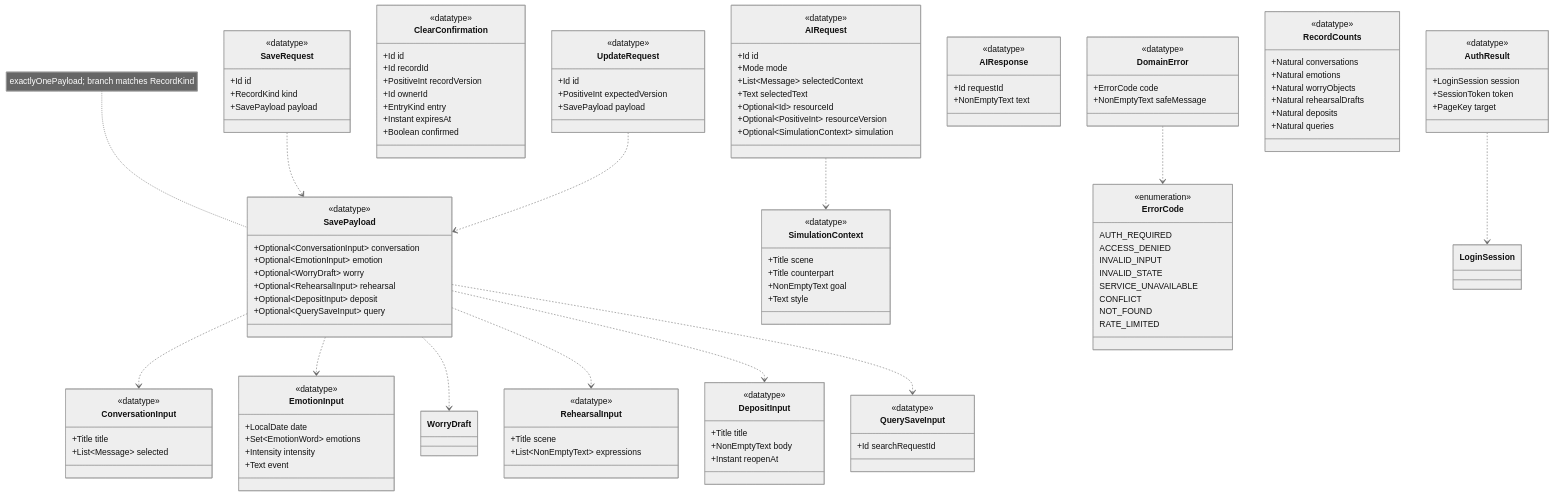
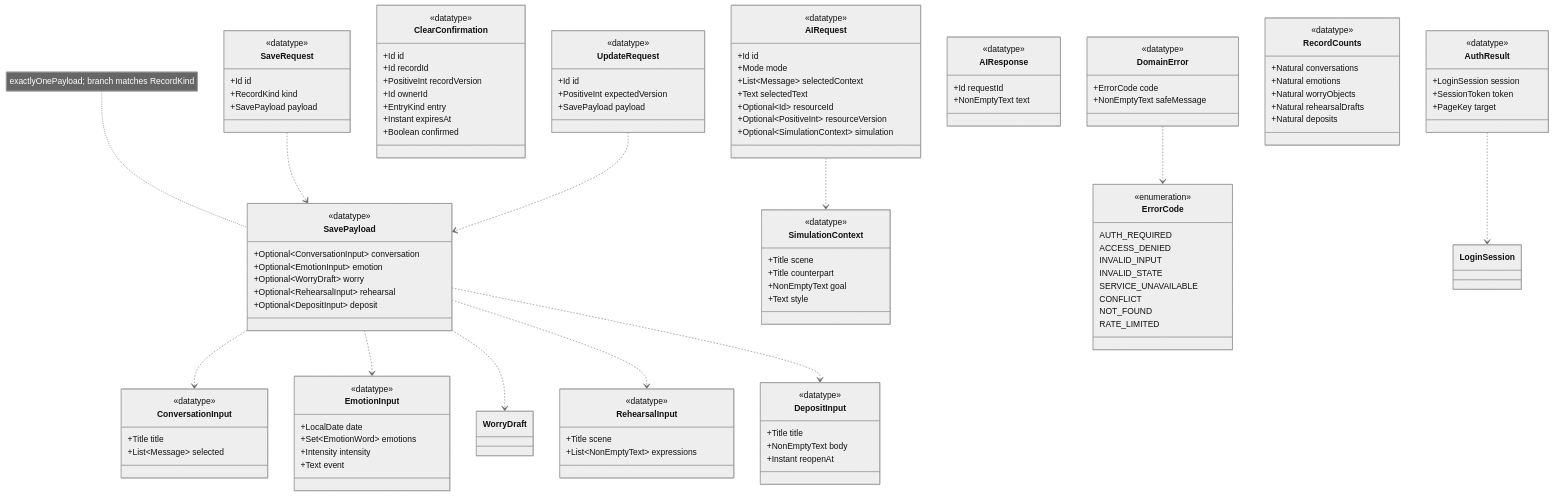
One commit to impureWine/404NOTFOUND changed the sixth of 6 diagrams in docs/第三次作业_李泉毅/02_完整设计类图_V1.2.md. Above: the diagram before and after it, drawn with Mermaid (neutral theme). The commit also changed other lines of this file and 9 other files, not shown here.

```diff
--- a/docs/第三次作业_李泉毅/02_完整设计类图_V1.2.md
+++ b/docs/第三次作业_李泉毅/02_完整设计类图_V1.2.md
@@ -832,7 +863,6 @@
   +Optional~WorryDraft~ worry
   +Optional~RehearsalInput~ rehearsal
   +Optional~DepositInput~ deposit
-  +Optional~QuerySaveInput~ query
 }
 class ConversationInput {
   <<datatype>>
@@ -856,10 +886,6 @@
   +Title title
   +NonEmptyText body
   +Instant reopenAt
-}
-class QuerySaveInput {
-  <<datatype>>
-  +Id searchRequestId
 }
 class UpdateRequest {
   <<datatype>>
@@ -928,7 +954,6 @@
   +Natural worryObjects
   +Natural rehearsalDrafts
   +Natural deposits
-  +Natural queries
 }
 SaveRequest ..> SavePayload
 UpdateRequest ..> SavePayload
@@ -937,7 +962,6 @@
 SavePayload ..> WorryDraft
 SavePayload ..> RehearsalInput
 SavePayload ..> DepositInput
-SavePayload ..> QuerySaveInput
 AIRequest ..> SimulationContext
 AuthResult ..> LoginSession
 DomainError ..> ErrorCode
```
